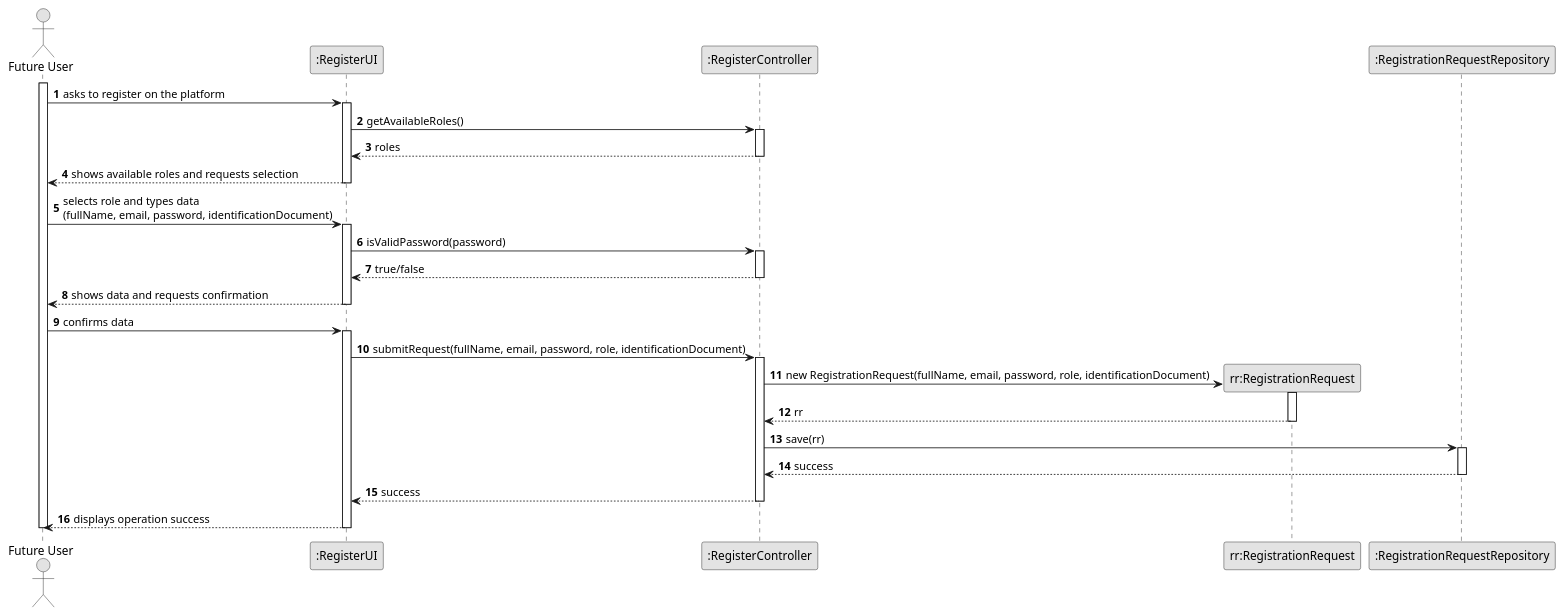
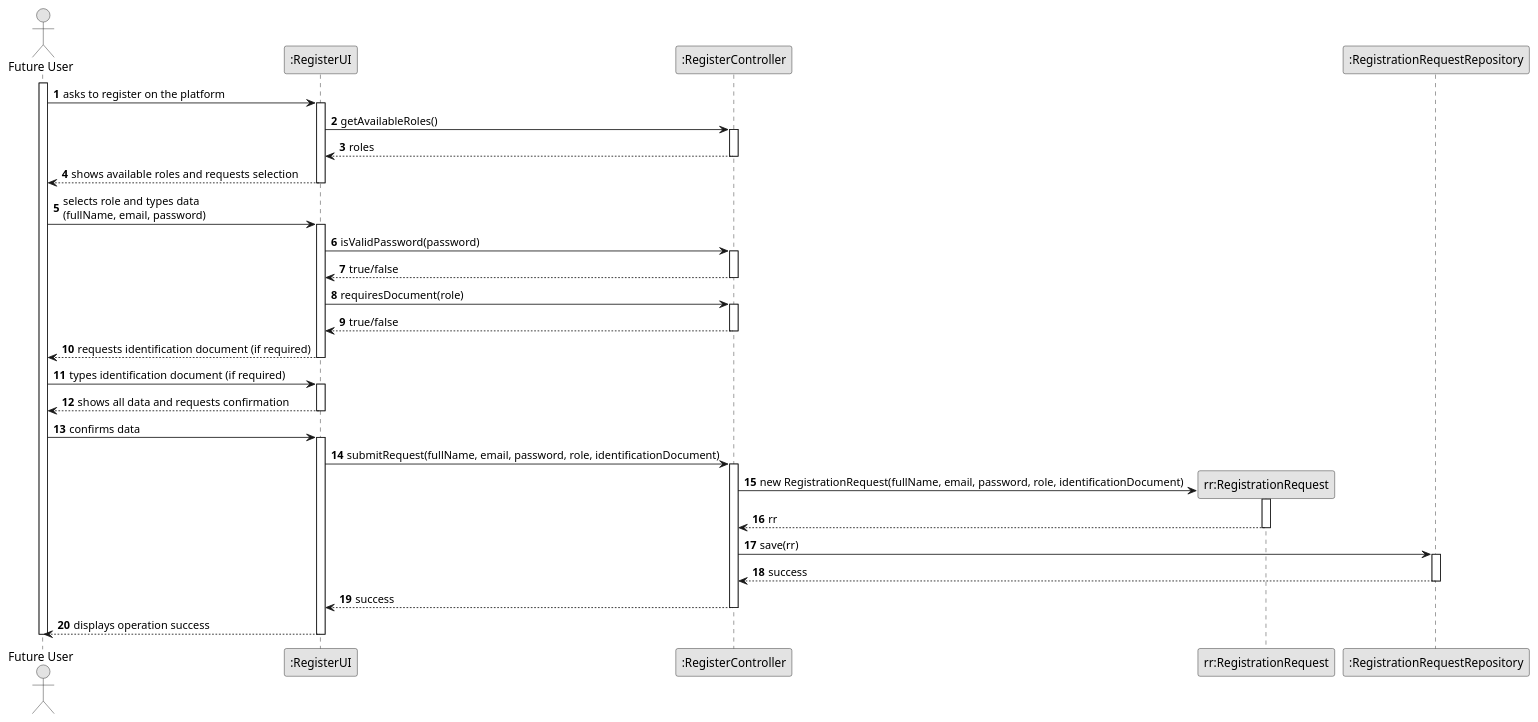
One commit to brunodspinto/crystal-clear-platform changed the diagram in docs/system-documentation/US01/03.design/puml/US01-SD.puml. Above: the diagram before and after it, drawn with PlantUML. The commit also changed 1 other file, not shown here.

```diff
--- a/docs/system-documentation/US01/03.design/puml/US01-SD.puml
+++ b/docs/system-documentation/US01/03.design/puml/US01-SD.puml
@@ -1,58 +1,67 @@
 @startuml US01-SD
 skinparam monochrome true
 skinparam packageStyle rectangle
 skinparam shadowing false
 
 autonumber
 
 actor "Future User" as User
 participant ":RegisterUI" as UI
 participant ":RegisterController" as CTRL
 participant "rr:RegistrationRequest" as RR
 participant ":RegistrationRequestRepository" as REPO
 
 activate User
 
     User -> UI : asks to register on the platform
     activate UI
         UI -> CTRL : getAvailableRoles()
         activate CTRL
             CTRL --> UI : roles
         deactivate CTRL
         UI --> User : shows available roles and requests selection
     deactivate UI
 
-    User -> UI : selects role and types data\n(fullName, email, password, identificationDocument)
+    User -> UI : selects role and types data\n(fullName, email, password)
     activate UI
         UI -> CTRL : isValidPassword(password)
         activate CTRL
             CTRL --> UI : true/false
         deactivate CTRL
-        UI --> User : shows data and requests confirmation
+        UI -> CTRL : requiresDocument(role)
+        activate CTRL
+            CTRL --> UI : true/false
+        deactivate CTRL
+        UI --> User : requests identification document (if required)
+    deactivate UI
+
+    User -> UI : types identification document (if required)
+    activate UI
+        UI --> User : shows all data and requests confirmation
     deactivate UI
 
     User -> UI : confirms data
     activate UI
 
         UI -> CTRL : submitRequest(fullName, email, password, role, identificationDocument)
         activate CTRL
 
             CTRL -> RR ** : new RegistrationRequest(fullName, email, password, role, identificationDocument)
             activate RR
                 RR --> CTRL : rr
             deactivate RR
 
             CTRL -> REPO : save(rr)
             activate REPO
                 REPO --> CTRL : success
             deactivate REPO
 
             CTRL --> UI : success
         deactivate CTRL
 
         UI --> User : displays operation success
     deactivate UI
 
 deactivate User
 
 @enduml
```
